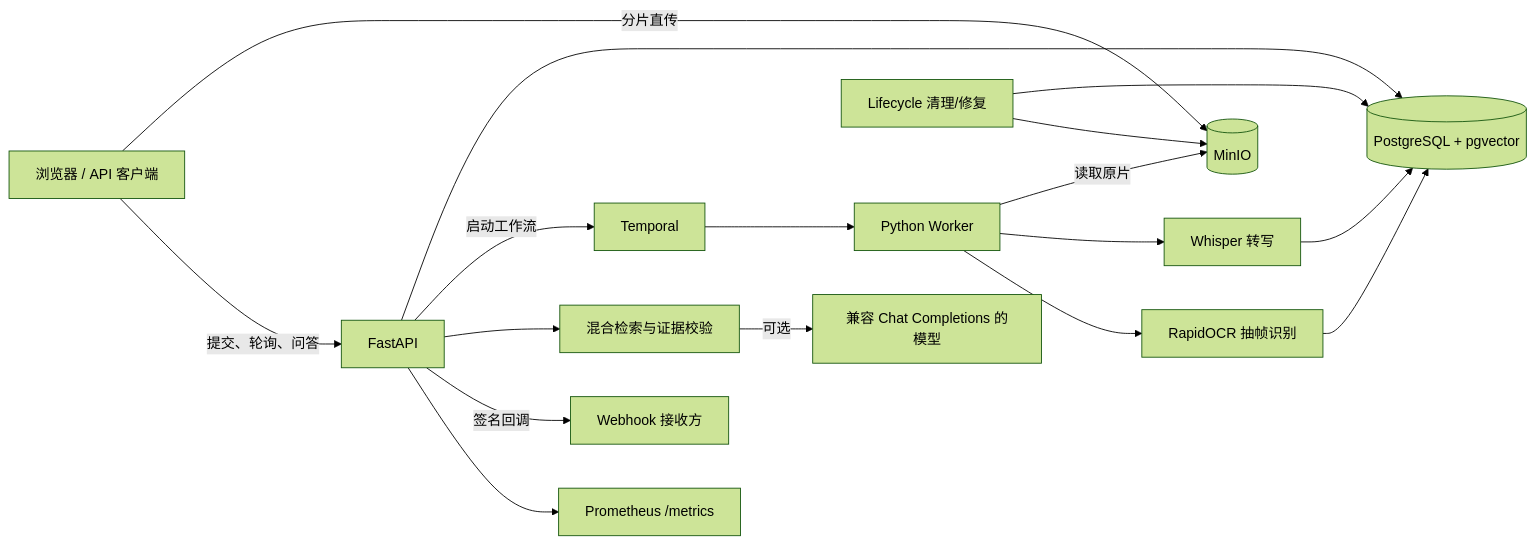
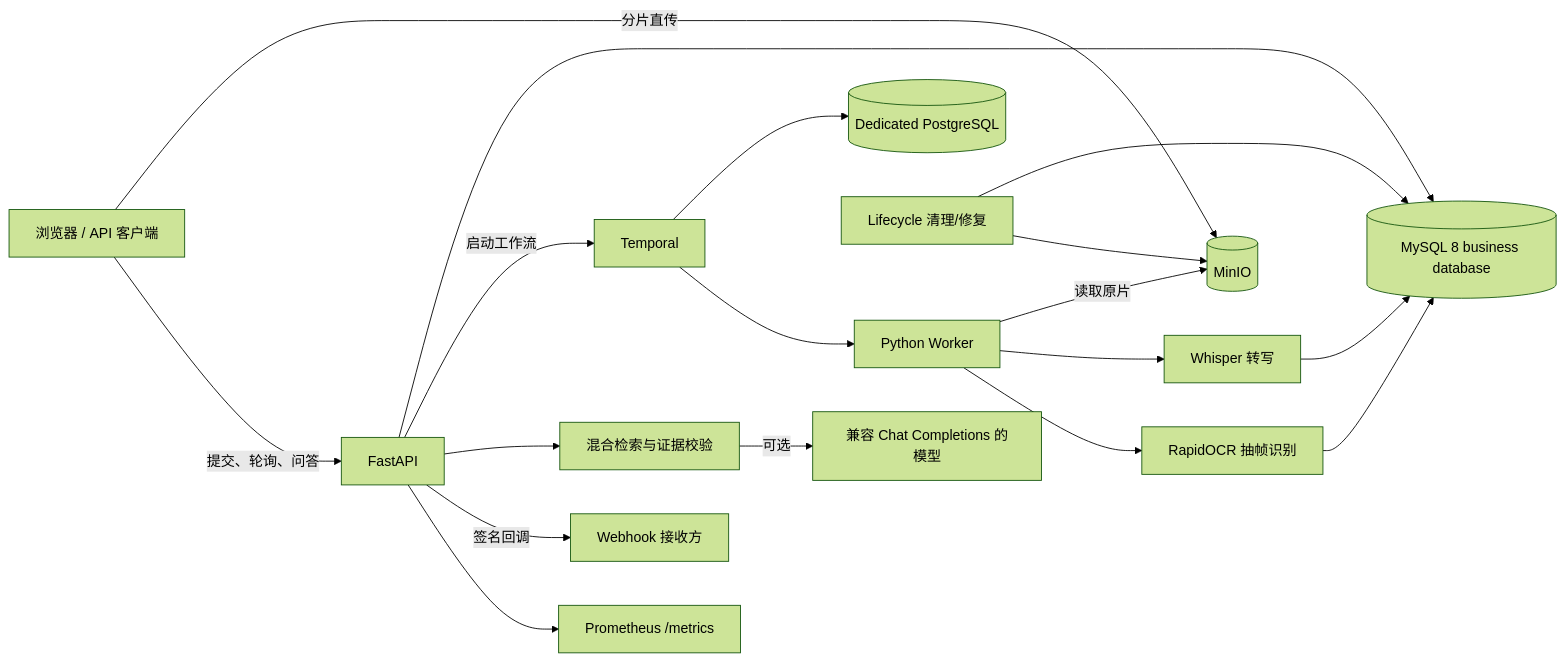
The diagram in docs/architecture.md (qi777777zz/video-evidence-agent), drawn with Mermaid (forest theme) before and after one commit. The commit also changed other lines of this file and 43 other files, not shown here.

````diff
--- a/docs/architecture.md
+++ b/docs/architecture.md
@@ -5,19 +5,20 @@
 ```mermaid
 flowchart LR
     U[浏览器 / API 客户端] -->|分片直传| S[(MinIO)]
     U -->|提交、轮询、问答| A[FastAPI]
-    A --> P[(PostgreSQL + pgvector)]
+    A --> P[(MySQL 8 business database)]
+    T[Temporal] --> TP[(Dedicated PostgreSQL)]
     A -->|启动工作流| T[Temporal]
     T --> W[Python Worker]
     W -->|读取原片| S
     W --> ASR[Whisper 转写]
     W --> OCR[RapidOCR 抽帧识别]
     ASR --> P
     OCR --> P
     A --> R[混合检索与证据校验]
     R -->|可选| L[兼容 Chat Completions 的模型]
     A -->|签名回调| H[Webhook 接收方]
     A --> M[Prometheus /metrics]
     C[Lifecycle 清理/修复] --> P
     C --> S
 ```
````
